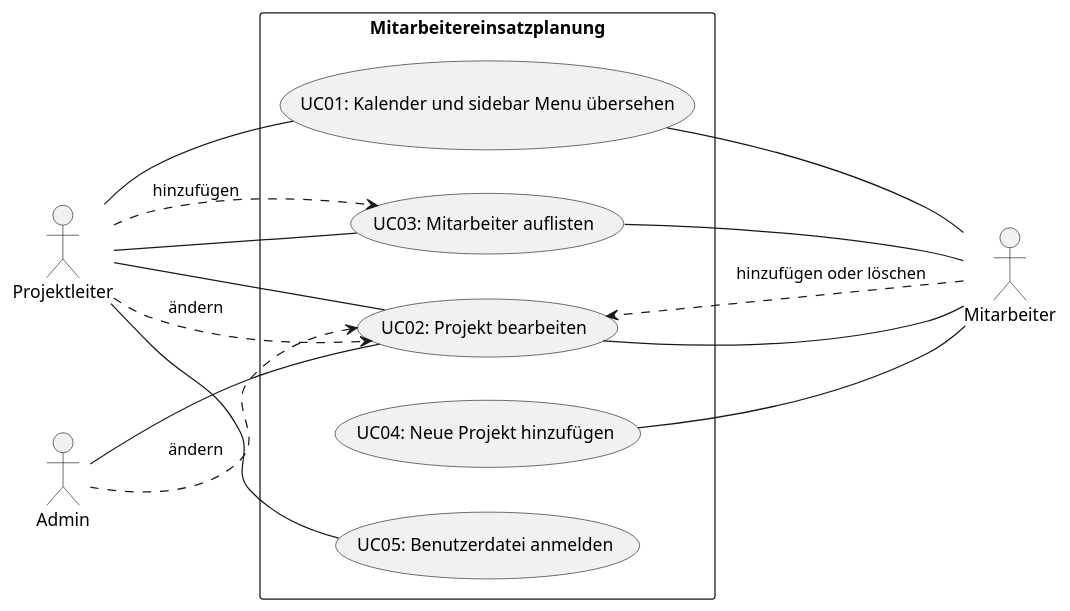
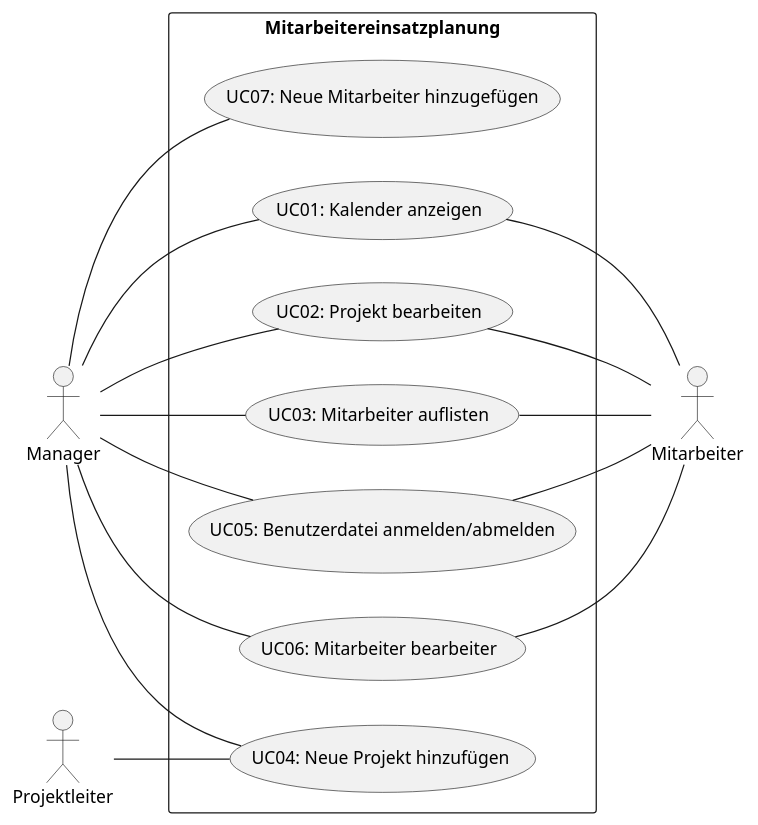
The diagram in documentation/docs/requirements/plantuml/use-case_diagram.puml (Keyur1876/E03-Mitarbeitereinsatzplanung), drawn with PlantUML before and after one commit. The commit also changed 8 other files, not shown here.

```diff
--- a/documentation/docs/requirements/plantuml/use-case_diagram.puml
+++ b/documentation/docs/requirements/plantuml/use-case_diagram.puml
@@ -1,37 +1,40 @@
 @startuml example-usecase-diagram
 left to right direction
 
 ' skin parameters for usecase with special stereotype
 skinparam usecase<<unspezifiziert>> {
   BackgroundColor #eee
   BorderColor #red
   StereotypeFontColor #gray
   StereotypeFontSize 10
 }
 
+actor Manager
+actor Mitarbeiter
 actor Projektleiter
-actor Mitarbeiter
-actor Admin
+
 
 rectangle "Mitarbeitereinsatzplanung" {
-  usecase "UC01: Kalender und sidebar Menu übersehen" as uc01
+  usecase "UC01: Kalender anzeigen" as uc01
   usecase "UC02: Projekt bearbeiten" as uc02
   usecase "UC03: Mitarbeiter auflisten" as uc03
   usecase "UC04: Neue Projekt hinzufügen" as uc04
-  usecase "UC05: Benutzerdatei anmelden" as uc05
+  usecase "UC05: Benutzerdatei anmelden/abmelden" as uc05
+  usecase "UC06: Mitarbeiter bearbeiter" as uc06
+  usecase "UC07: Neue Mitarbeiter hinzugefügen" as uc07
 }
 
-Projektleiter -- uc01
+Manager -- uc01
 uc01 -- Mitarbeiter
-Projektleiter -- uc02
-Projektleiter .down.> uc02 : ändern
-Admin -- uc02
-Admin .down.> uc02 : ändern
+Manager -- uc02
 uc02 -- Mitarbeiter
-Mitarbeiter .down.> uc02 : hinzufügen oder löschen
-Projektleiter -- uc03
-Projektleiter .down.> uc03 : hinzufügen
+Manager -- uc03
 uc03 -- Mitarbeiter
-uc04 -- Mitarbeiter
-Projektleiter -- uc05 
+Manager -- uc04
+Projektleiter -- uc04
+Manager -- uc05
+uc05 -- Mitarbeiter
+Manager -- uc06
+uc06 -- Mitarbeiter
+Manager -- uc07
 @enduml
```
